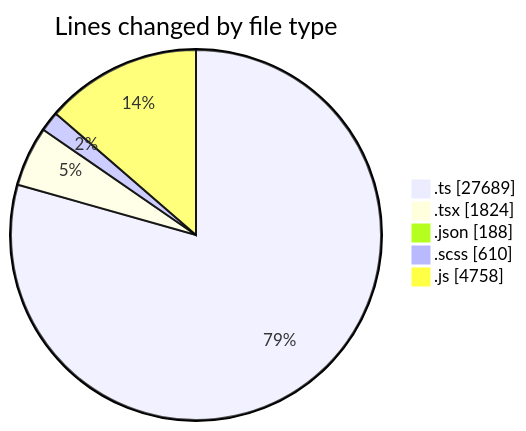
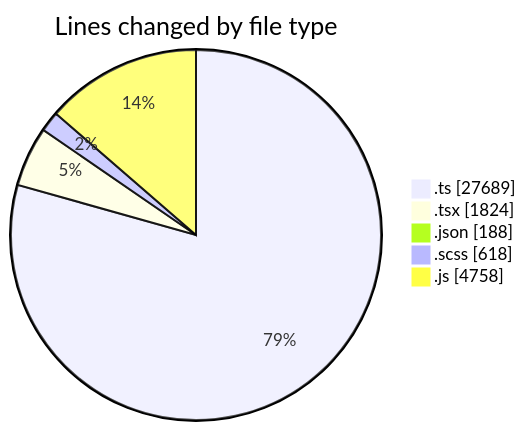
One commit to momahboobian/code-tracking changed the first of 2 diagrams in 2026-05-07/cda/README.md. Above: the diagram before and after it, drawn with Mermaid. The commit also changed other lines of this file and 1 other file, not shown here.

````diff
--- a/2026-05-07/cda/README.md
+++ b/2026-05-07/cda/README.md
@@ -46,9 +46,9 @@
 ```mermaid
 pie showData
 title Lines changed by file type
 ".ts" : 27689
 ".tsx" : 1824
 ".json" : 188
-".scss" : 610
+".scss" : 618
 ".js" : 4758
 ```
````
